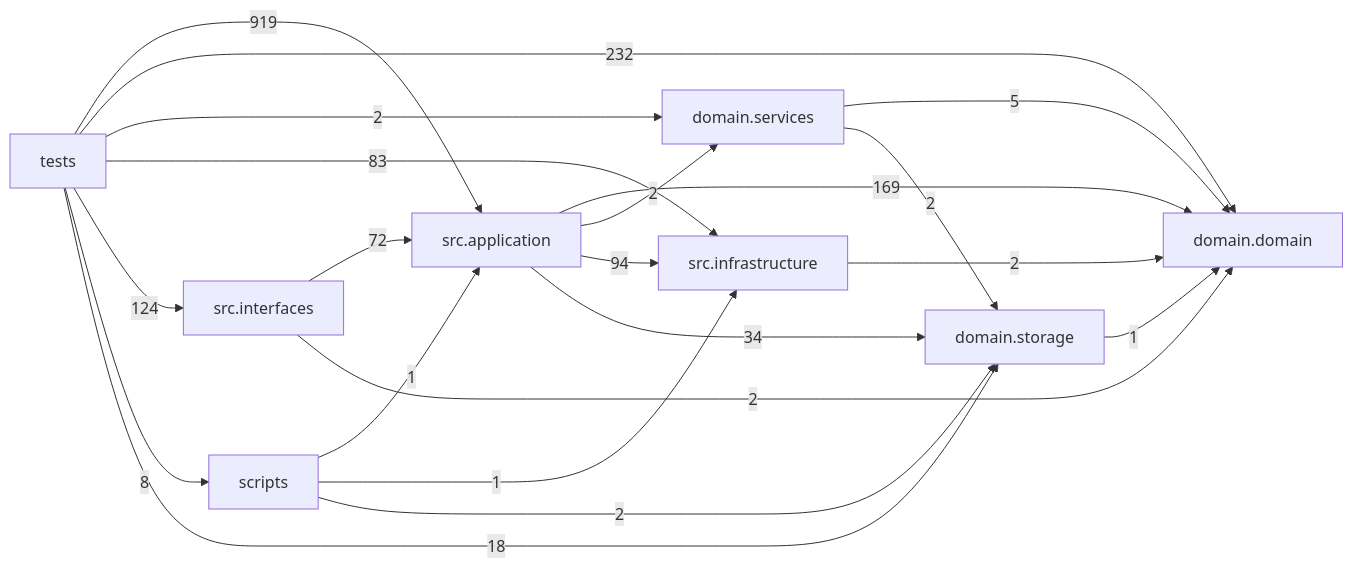
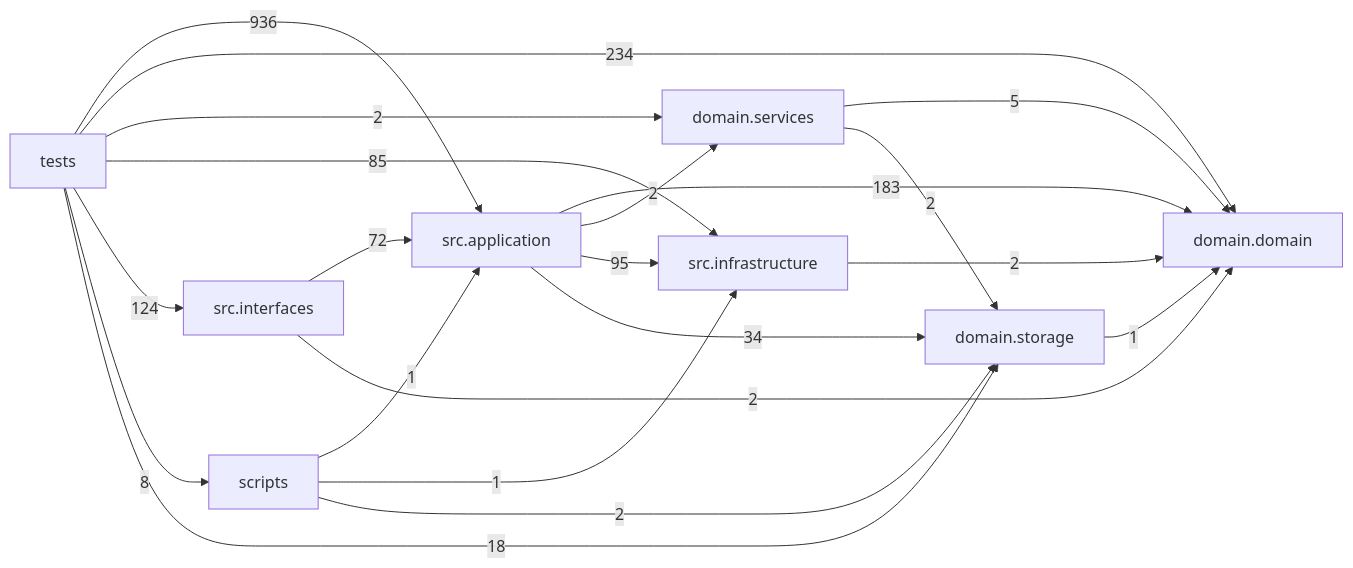
The diagram in docs/DEPENDENCY_GRAPH.md (liuxie066/options-monitor), drawn with Mermaid before and after one commit. The commit also changed other lines of this file and 38 other files, not shown here.

````diff
--- a/docs/DEPENDENCY_GRAPH.md
+++ b/docs/DEPENDENCY_GRAPH.md
@@ -24,31 +24,31 @@
 ```mermaid
 flowchart LR
   tests["tests"]
   scripts["scripts"]
   interfaces["src.interfaces"]
   application["src.application"]
   infrastructure["src.infrastructure"]
   domain_services["domain.services"]
   domain["domain.domain"]
   storage["domain.storage"]
-  application -->|169| domain
+  application -->|183| domain
   application -->|2| domain_services
-  application -->|94| infrastructure
+  application -->|95| infrastructure
   application -->|34| storage
   domain_services -->|5| domain
   domain_services -->|2| storage
   infrastructure -->|2| domain
   interfaces -->|72| application
   interfaces -->|2| domain
   scripts -->|1| application
   scripts -->|1| infrastructure
   scripts -->|2| storage
   storage -->|1| domain
-  tests -->|919| application
-  tests -->|232| domain
+  tests -->|936| application
+  tests -->|234| domain
   tests -->|2| domain_services
-  tests -->|83| infrastructure
+  tests -->|85| infrastructure
   tests -->|124| interfaces
   tests -->|8| scripts
   tests -->|18| storage
 ```
````
